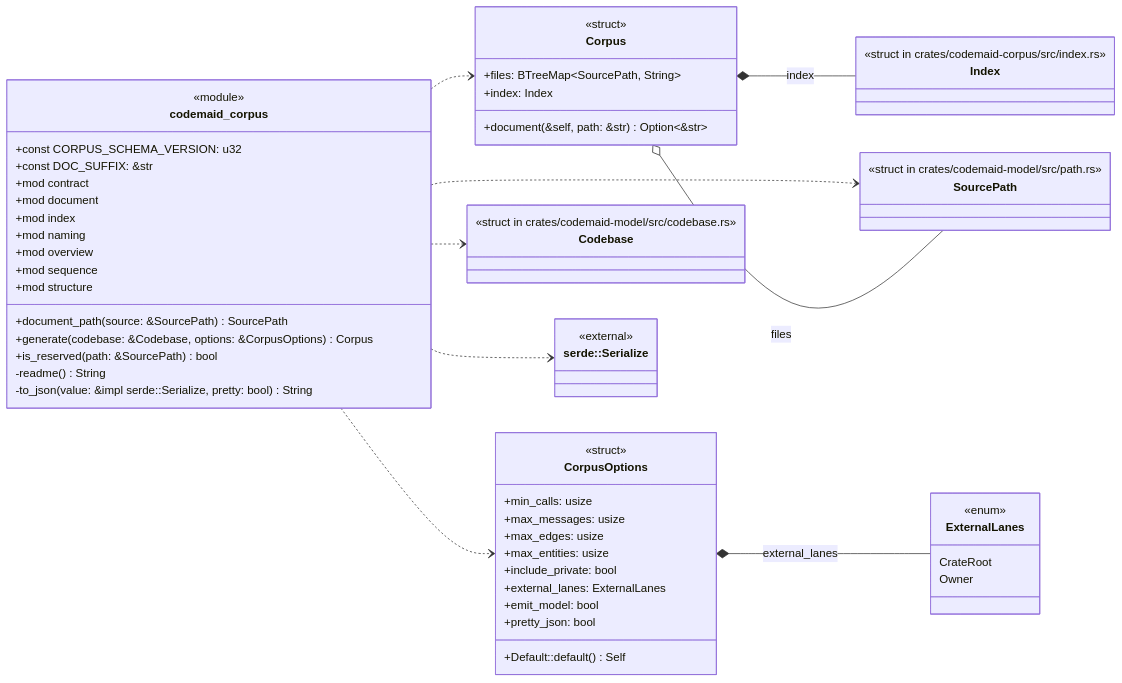
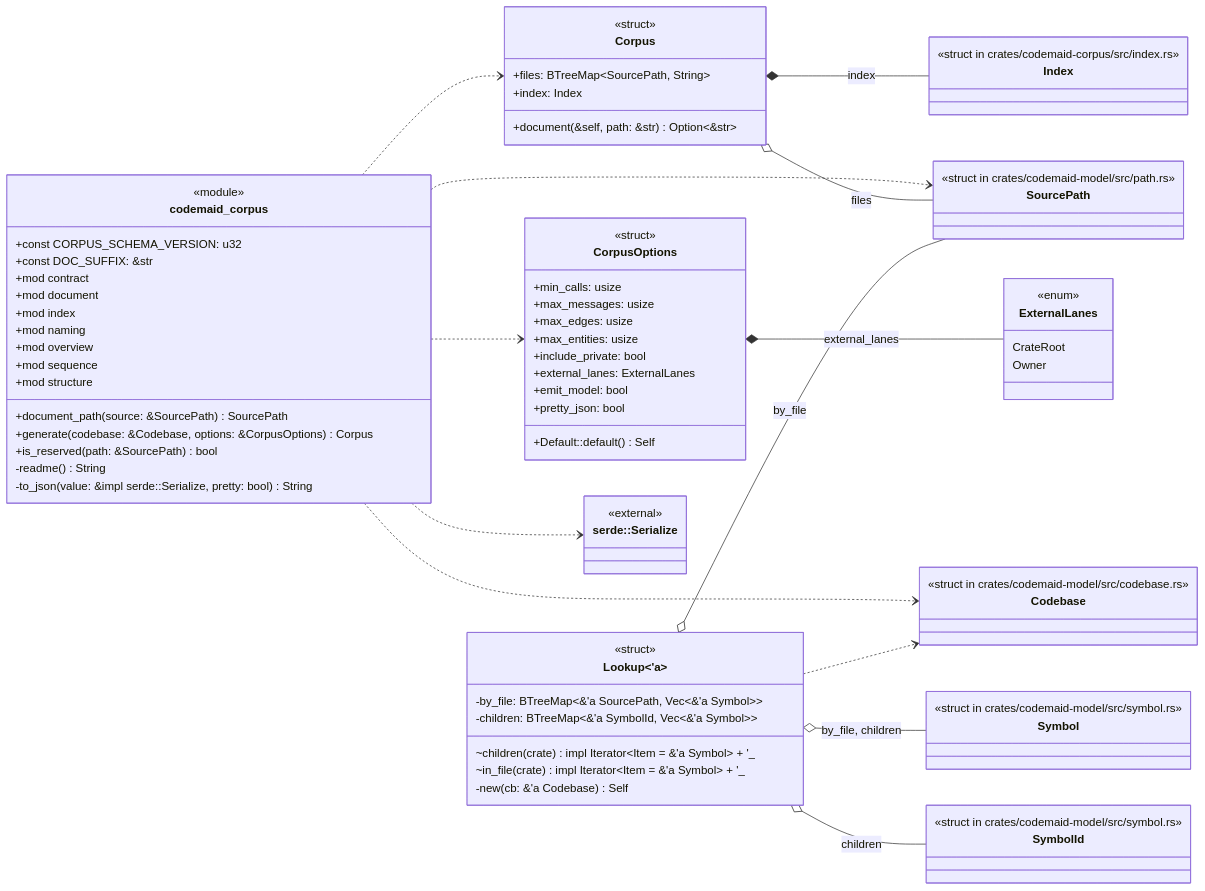
One commit to DreamLab-AI/codemaid changed the first of 6 diagrams in docs/codemaid/crates/codemaid-corpus/src/lib.rs.md. Above: the diagram before and after it, drawn with Mermaid. The commit also changed other lines of this file and 29 other files, not shown here.

````diff
--- a/docs/codemaid/crates/codemaid-corpus/src/lib.rs.md
+++ b/docs/codemaid/crates/codemaid-corpus/src/lib.rs.md
@@ -14,64 +14,82 @@
 ```mermaid
 classDiagram
   direction LR
   class codemaid_corpus__Corpus["Corpus"] {
     <<struct>>
     +files: BTreeMap#lt;SourcePath, String#gt;
     +index: Index
     +document(&self, path: &str) Option#lt;&str#gt;
   }
   class codemaid_corpus__CorpusOptions["CorpusOptions"] {
     <<struct>>
     +min_calls: usize
     +max_messages: usize
     +max_edges: usize
     +max_entities: usize
     +include_private: bool
     +external_lanes: ExternalLanes
     +emit_model: bool
     +pretty_json: bool
     +Default::default() Self
   }
   class codemaid_corpus__ExternalLanes["ExternalLanes"] {
     <<enum>>
     CrateRoot
     Owner
+  }
+  class codemaid_corpus__Lookup["Lookup#lt;'a#gt;"] {
+    <<struct>>
+    -by_file: BTreeMap#lt;&'a SourcePath, Vec#lt;&'a Symbol#gt;#gt;
+    -children: BTreeMap#lt;&'a SymbolId, Vec#lt;&'a Symbol#gt;#gt;
+    ~children(crate) impl Iterator#lt;Item = &'a Symbol#gt; + '_
+    ~in_file(crate) impl Iterator#lt;Item = &'a Symbol#gt; + '_
+    -new(cb: &'a Codebase) Self
   }
   class codemaid_corpus {
     <<module>>
     +const CORPUS_SCHEMA_VERSION: u32
     +const DOC_SUFFIX: &str
     +mod contract
     +mod document
     +document_path(source: &SourcePath) SourcePath
     +generate(codebase: &Codebase, options: &CorpusOptions) Corpus
     +mod index
     +is_reserved(path: &SourcePath) bool
     +mod naming
     +mod overview
     -readme() String
     +mod sequence
     +mod structure
     -to_json(value: &impl serde::Serialize, pretty: bool) String
   }
   class codemaid_model__codebase__Codebase["Codebase"] {
     <<struct in crates/codemaid-model/src/codebase.rs>>
   }
   class codemaid_model__path__SourcePath["SourcePath"] {
     <<struct in crates/codemaid-model/src/path.rs>>
   }
   class serde__Serialize["serde::Serialize"] {
     <<external>>
   }
   class codemaid_corpus__index__Index["Index"] {
     <<struct in crates/codemaid-corpus/src/index.rs>>
   }
+  class codemaid_model__symbol__Symbol["Symbol"] {
+    <<struct in crates/codemaid-model/src/symbol.rs>>
+  }
+  class codemaid_model__symbol__SymbolId["SymbolId"] {
+    <<struct in crates/codemaid-model/src/symbol.rs>>
+  }
   codemaid_corpus ..> codemaid_corpus__Corpus
   codemaid_corpus ..> codemaid_corpus__CorpusOptions
   codemaid_corpus ..> codemaid_model__codebase__Codebase
   codemaid_corpus ..> codemaid_model__path__SourcePath
   codemaid_corpus ..> serde__Serialize
   codemaid_corpus__Corpus *-- codemaid_corpus__index__Index : index
   codemaid_corpus__Corpus o-- codemaid_model__path__SourcePath : files
   codemaid_corpus__CorpusOptions *-- codemaid_corpus__ExternalLanes : external_lanes
+  codemaid_corpus__Lookup ..> codemaid_model__codebase__Codebase
+  codemaid_corpus__Lookup o-- codemaid_model__path__SourcePath : by_file
+  codemaid_corpus__Lookup o-- codemaid_model__symbol__Symbol : by_file, children
+  codemaid_corpus__Lookup o-- codemaid_model__symbol__SymbolId : children
 ```
````
